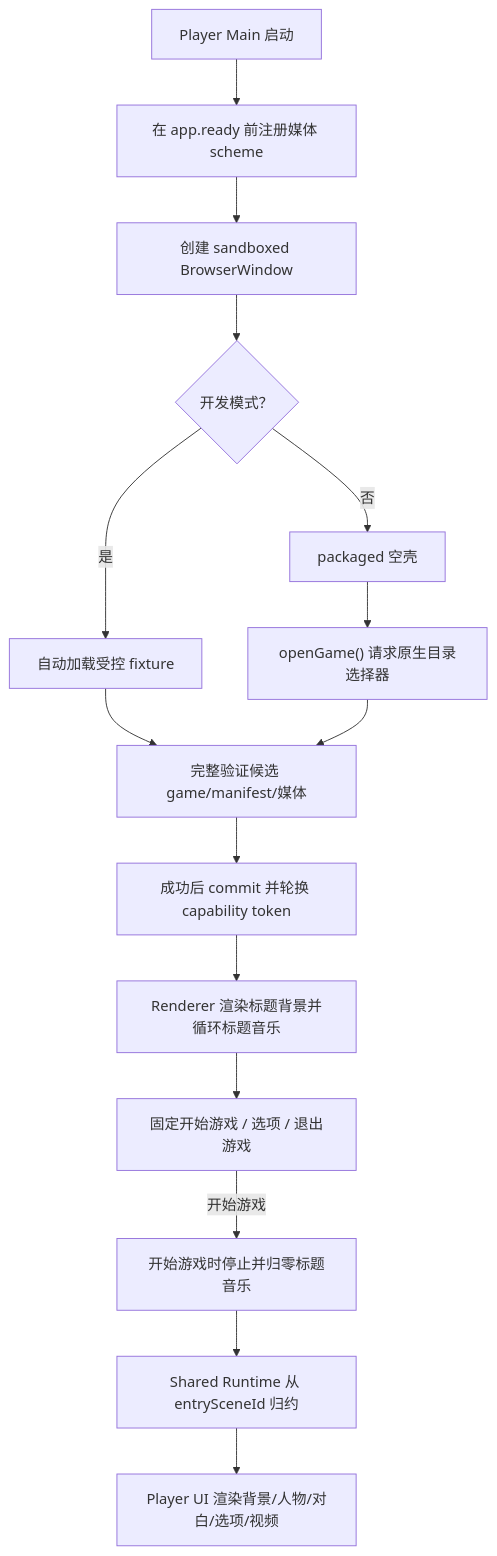
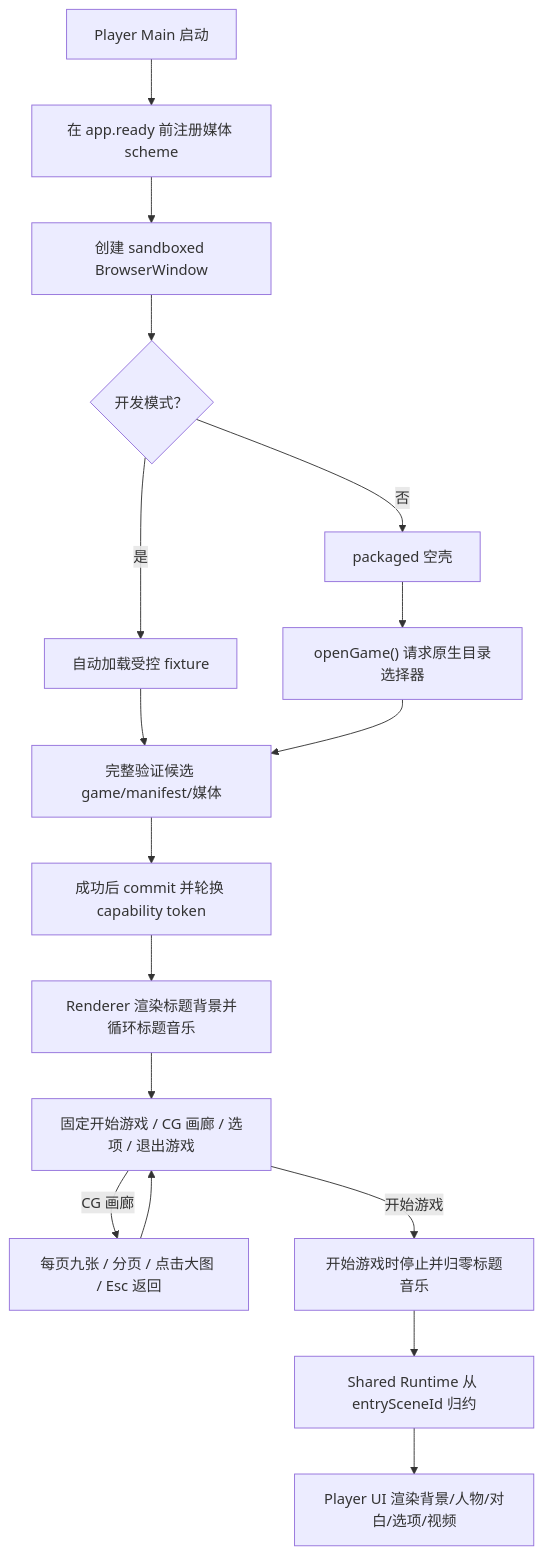
One commit to DarkboyRyan/Scratch-Novel-Engine changed the third of 3 diagrams in docs/game-export-player.md. Above: the diagram before and after it, drawn with Mermaid. The commit also changed other lines of this file and 88 other files, not shown here.

````diff
--- a/docs/game-export-player.md
+++ b/docs/game-export-player.md
@@ -479,23 +517,25 @@
 ```mermaid
 flowchart TD
   START["Player Main 启动"]
   SCHEME["在 app.ready 前注册媒体 scheme"]
   WINDOW["创建 sandboxed BrowserWindow"]
   MODE{"开发模式？"}
   FIXTURE["自动加载受控 fixture"]
   EMPTY["packaged 空壳"]
   PICKER["openGame() 请求原生目录选择器"]
   VERIFY["完整验证候选 game/manifest/媒体"]
   COMMIT["成功后 commit 并轮换 capability token"]
   TITLE["Renderer 渲染标题背景并循环标题音乐"]
-  MENU["固定开始游戏 / 选项 / 退出游戏"]
+  MENU["固定开始游戏 / CG 画廊 / 选项 / 退出游戏"]
+  GALLERY["每页九张 / 分页 / 点击大图 / Esc 返回"]
   STOP["开始游戏时停止并归零标题音乐"]
   RUNTIME["Shared Runtime 从 entrySceneId 归约"]
   UI["Player UI 渲染背景/人物/对白/选项/视频"]
 
   START --> SCHEME --> WINDOW --> MODE
   MODE -->|"是"| FIXTURE --> VERIFY
   MODE -->|"否"| EMPTY --> PICKER --> VERIFY
   VERIFY --> COMMIT --> TITLE --> MENU
   MENU -->|"开始游戏"| STOP --> RUNTIME --> UI
+  MENU -->|"CG 画廊"| GALLERY --> MENU
 ```
````
